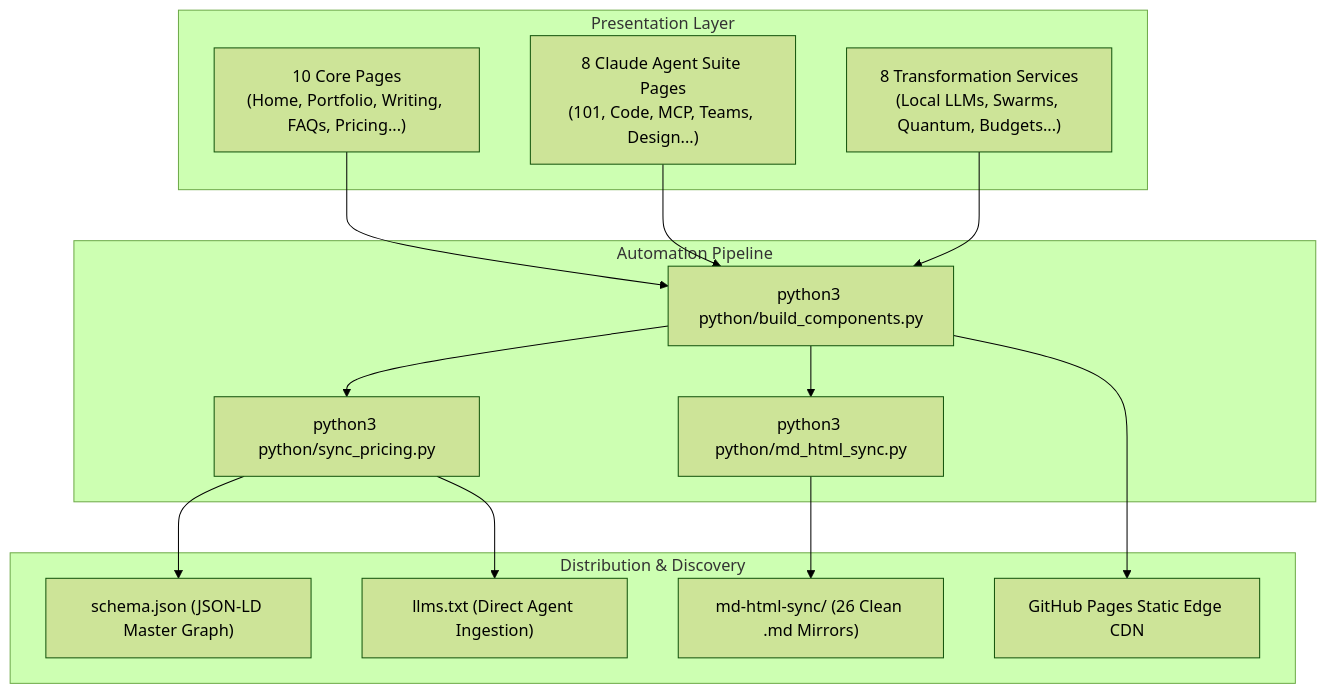
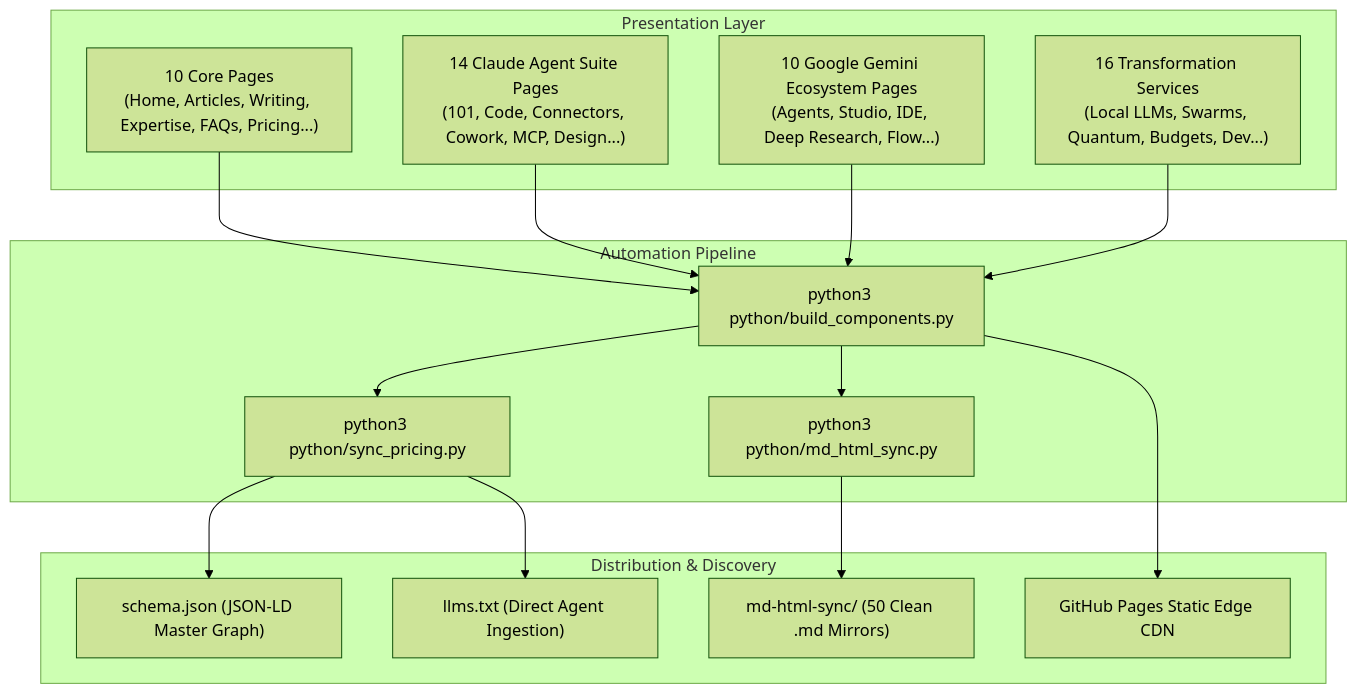
The second of 2 diagrams in README.md (thomascherickal/thomascherickal.github.io), drawn with Mermaid (forest theme) before and after one commit. The commit also changed other lines of this file and 67 other files, not shown here.

````diff
--- a/README.md
+++ b/README.md
@@ -155,31 +155,33 @@
 ```mermaid
 graph TD
   subgraph Presentation Layer
-    CorePages["10 Core Pages<br/>(Home, Portfolio, Writing, FAQs, Pricing...)"]
-    ClaudePages["8 Claude Agent Suite Pages<br/>(101, Code, MCP, Teams, Design...)"]
-    ServicePages["8 Transformation Services<br/>(Local LLMs, Swarms, Quantum, Budgets...)"]
+    CorePages["10 Core Pages<br/>(Home, Articles, Writing, Expertise, FAQs, Pricing...)"]
+    ClaudePages["14 Claude Agent Suite Pages<br/>(101, Code, Connectors, Cowork, MCP, Design...)"]
+    GeminiPages["10 Google Gemini Ecosystem Pages<br/>(Agents, Studio, IDE, Deep Research, Flow...)"]
+    ServicePages["16 Transformation Services<br/>(Local LLMs, Swarms, Quantum, Budgets, Dev...)"]
   end
 
   subgraph Automation Pipeline
     Build["python3 python/build_components.py"]
     Pricing["python3 python/sync_pricing.py"]
     Sync["python3 python/md_html_sync.py"]
   end
 
   subgraph Distribution & Discovery
     Schema["schema.json (JSON-LD Master Graph)"]
     LLMSTxt["llms.txt (Direct Agent Ingestion)"]
-    Markdown["md-html-sync/ (26 Clean .md Mirrors)"]
+    Markdown["md-html-sync/ (50 Clean .md Mirrors)"]
     Edge["GitHub Pages Static Edge CDN"]
   end
 
   CorePages --> Build
   ClaudePages --> Build
+  GeminiPages --> Build
   ServicePages --> Build
   Build --> Pricing
   Build --> Sync
   Pricing --> Schema
   Pricing --> LLMSTxt
   Sync --> Markdown
   Build --> Edge
 ```
````
